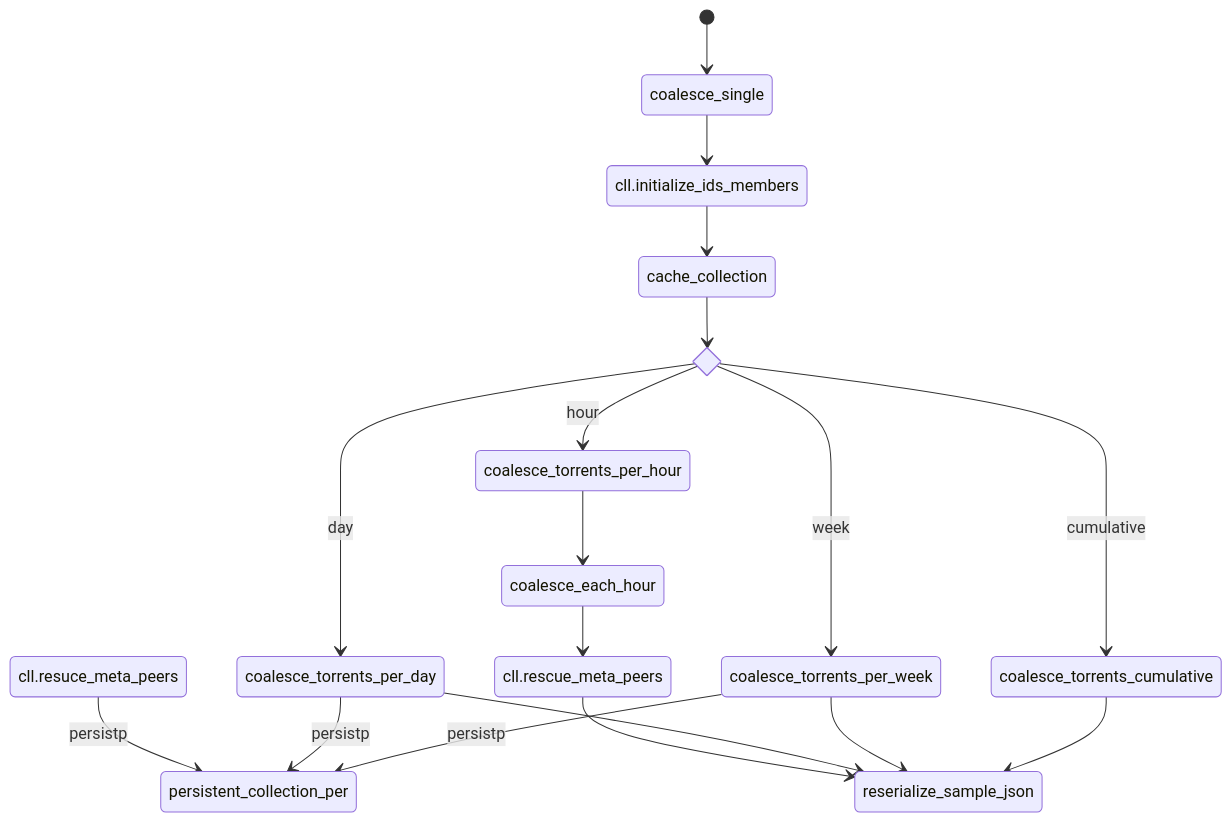
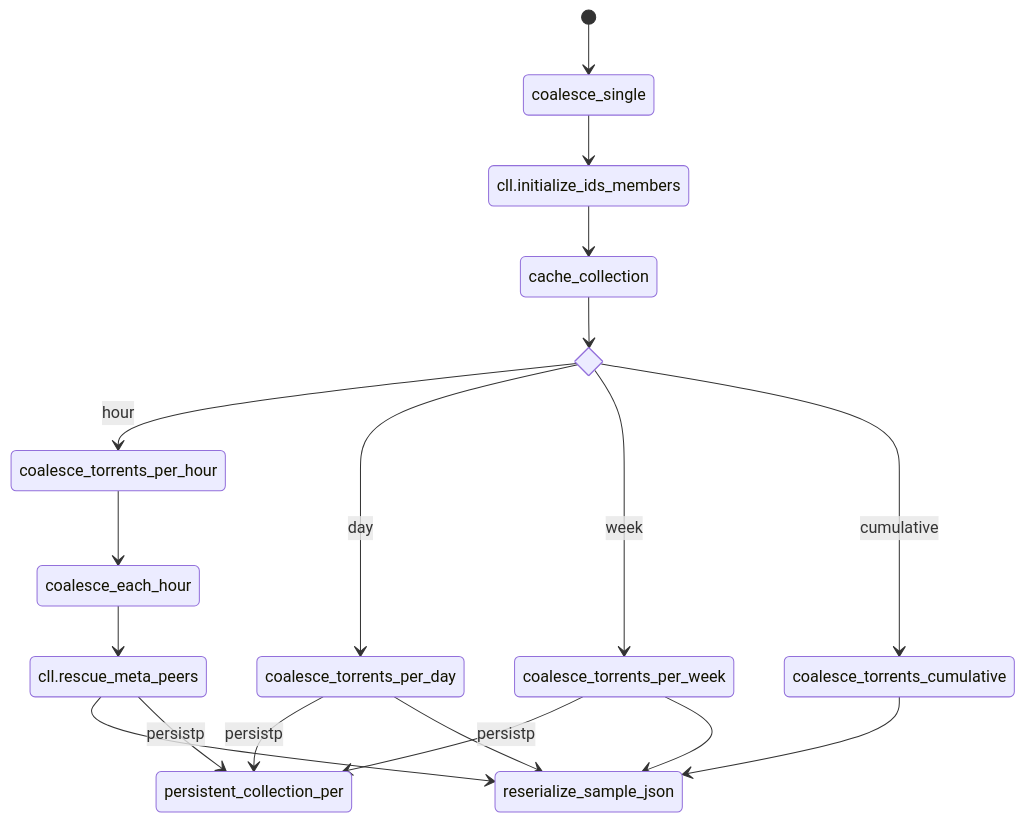
One commit to bdekoz/alpha60-docs changed the diagram in docs/graphs/coalesce_single.mmd. Above: the diagram before and after it, drawn with Mermaid.

```diff
--- a/docs/graphs/coalesce_single.mmd
+++ b/docs/graphs/coalesce_single.mmd
@@ -1,25 +1,25 @@
 stateDiagram-v2
     [*] --> coalesce_single
     coalesce_single --> cll.initialize_ids_members
     cll.initialize_ids_members --> cache_collection
 
     state if_state<<choice>>
     cache_collection --> if_state
 
     if_state --> coalesce_torrents_per_hour : hour
     coalesce_torrents_per_hour --> coalesce_each_hour
     coalesce_each_hour --> cll.rescue_meta_peers
     cll.rescue_meta_peers --> reserialize_sample_json	
-    cll.resuce_meta_peers --> persistent_collection_per : persistp
+    cll.rescue_meta_peers --> persistent_collection_per : persistp
 
 
     if_state --> coalesce_torrents_per_day : day
     coalesce_torrents_per_day --> persistent_collection_per : persistp
     coalesce_torrents_per_day --> reserialize_sample_json
     
     if_state --> coalesce_torrents_per_week : week
     coalesce_torrents_per_week --> persistent_collection_per : persistp
     coalesce_torrents_per_week --> reserialize_sample_json
 
     if_state --> coalesce_torrents_cumulative : cumulative
     coalesce_torrents_cumulative --> reserialize_sample_json
```
